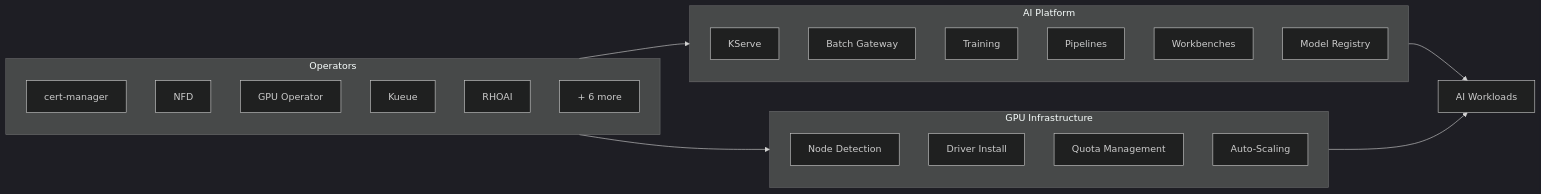
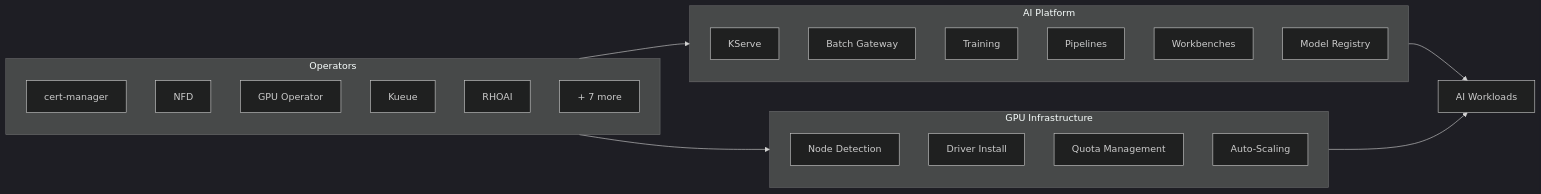
Before and after one commit to rrbanda/rhoai-deploy-gitops: the diagram in docs/index.md, drawn with Mermaid (dark theme). The commit also changed other lines of this file and 24 other files, not shown here.

````diff
--- a/docs/index.md
+++ b/docs/index.md
@@ -117,35 +117,35 @@
 ```mermaid
 graph LR
   subgraph operators ["Operators"]
     direction TB
     O1["cert-manager"]
     O2["NFD"]
     O3["GPU Operator"]
     O4["Kueue"]
     O5["RHOAI"]
-    O6["+ 6 more"]
+    O6["+ 7 more"]
   end
 
   subgraph platform ["AI Platform"]
     direction TB
     P1["KServe"]
     P2["Batch Gateway"]
     P3["Training"]
     P4["Pipelines"]
     P5["Workbenches"]
     P6["Model Registry"]
   end
 
   subgraph infra ["GPU Infrastructure"]
     direction TB
     I1["Node Detection"]
     I2["Driver Install"]
     I3["Quota Management"]
     I4["Auto-Scaling"]
   end
 
   operators --> platform
   operators --> infra
   platform --> Workloads["AI Workloads"]
   infra --> Workloads
 ```
````
